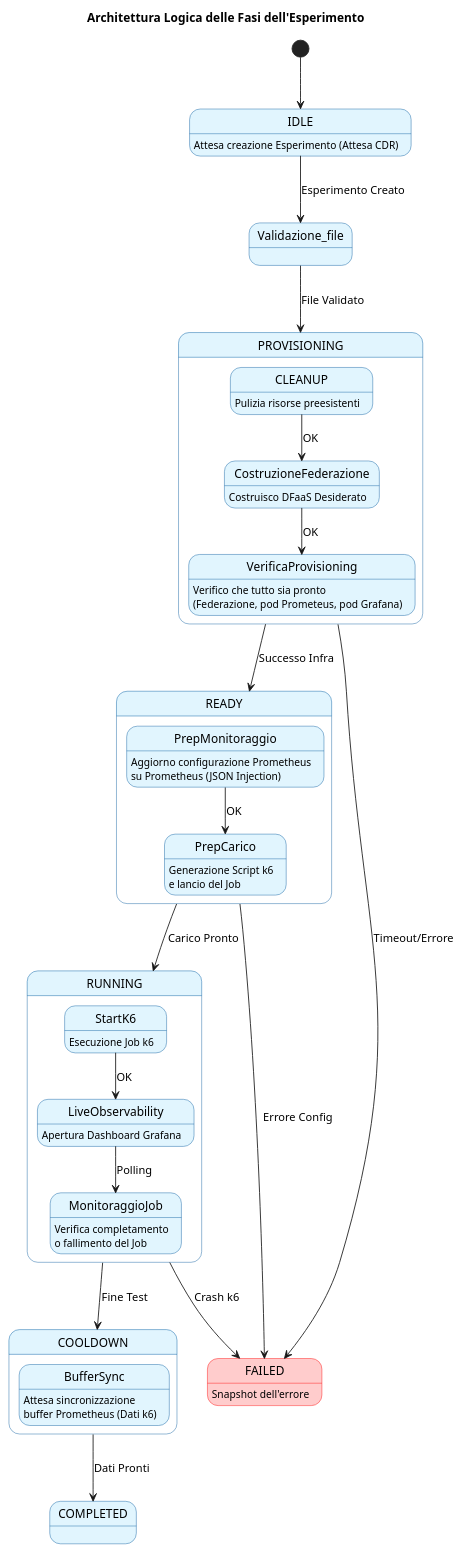
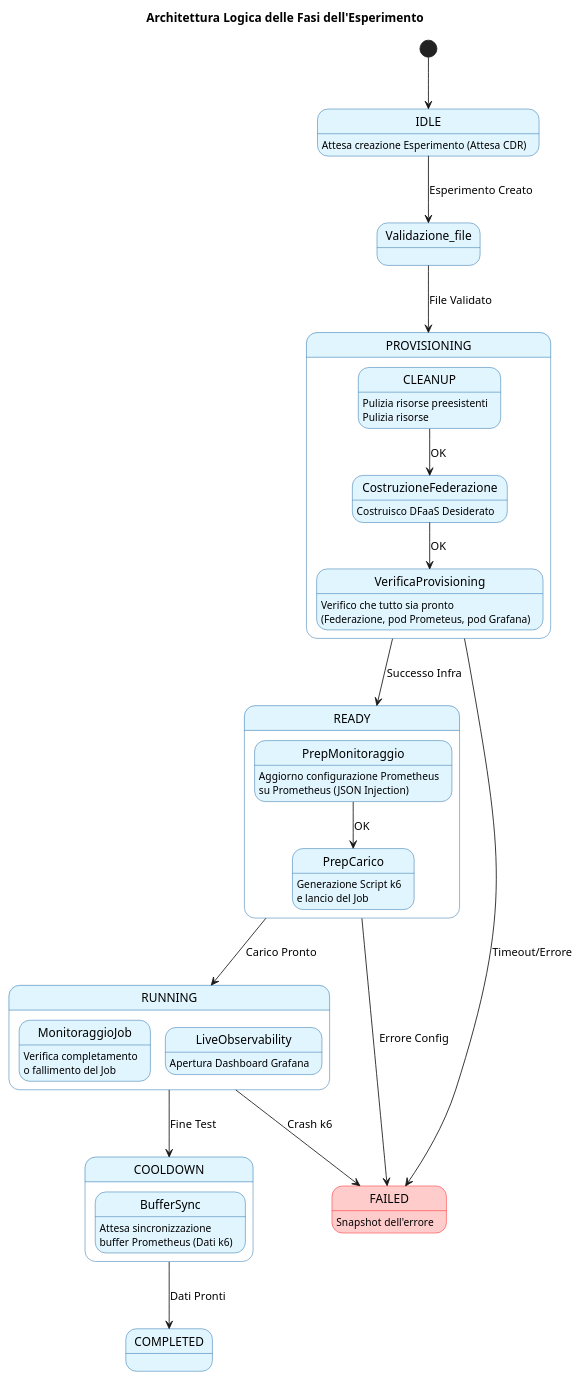
Before and after one commit to isired01/DFaaSOperator: the diagram in UML/stati finiti.puml, drawn with PlantUML. The commit also changed 3 other files, not shown here.

Commit message:
added UML graphs

```diff
--- a/UML/stati finiti.puml
+++ b/UML/stati finiti.puml
@@ -1,76 +1,75 @@
 @startuml
 skinparam backgroundColor #FFFFFF
 skinparam state {
   BackgroundColor #E1F5FE
   BorderColor #01579B
   BackgroundColor<<Error>> #FFCCCC
   BorderColor<<Error>> #FF0000
 }
 
 title Architettura Logica delle Fasi dell'Esperimento
 
 [*] --> IDLE 
 
 state IDLE{
   IDLE : Attesa creazione Esperimento (Attesa CDR)
 }
 
 IDLE --> Validazione_file : Esperimento Creato
 
 
 Validazione_file --> PROVISIONING : File Validato
 
 
 state PROVISIONING {
   CLEANUP : Pulizia risorse preesistenti
   CLEANUP --> CostruzioneFederazione : OK
   CostruzioneFederazione : Costruisco DFaaS Desiderato
   CostruzioneFederazione --> VerificaProvisioning : OK
   VerificaProvisioning : Verifico che tutto sia pronto
   VerificaProvisioning : (Federazione, pod Prometeus, pod Grafana)
 
 }
 
 state READY {
   PrepMonitoraggio : Aggiorno configurazione Prometheus
   PrepMonitoraggio : su Prometheus (JSON Injection)
   PrepMonitoraggio --> PrepCarico : OK
   PrepCarico : Generazione Script k6 
   PrepCarico : e lancio del Job
 }
 
 state RUNNING {
-  StartK6 : Esecuzione Job k6 
-  StartK6 --> LiveObservability : OK
-  LiveObservability : Apertura Dashboard Grafana 
-  LiveObservability --> MonitoraggioJob : Polling
   MonitoraggioJob : Verifica completamento 
   MonitoraggioJob : o fallimento del Job
+
+  LiveObservability : Apertura Dashboard Grafana 
 
 }
 
 state COOLDOWN {
   BufferSync : Attesa sincronizzazione 
   BufferSync : buffer Prometheus (Dati k6)
 }
 
 state COMPLETED {
+  CLEANUP : Pulizia risorse
 
 }
 
 ' Transizioni di alto livello
 PROVISIONING --> READY : Successo Infra
 READY --> RUNNING : Carico Pronto
 RUNNING --> COOLDOWN : Fine Test
 COOLDOWN --> COMPLETED : Dati Pronti
 
 ' Gestione Errore
 PROVISIONING --> FAILED : Timeout/Errore
 READY --> FAILED : Errore Config
 RUNNING --> FAILED : Crash k6
 
 state FAILED <<Error>> {
   FAILED : Snapshot dell'errore
 }
 
 @enduml
```
